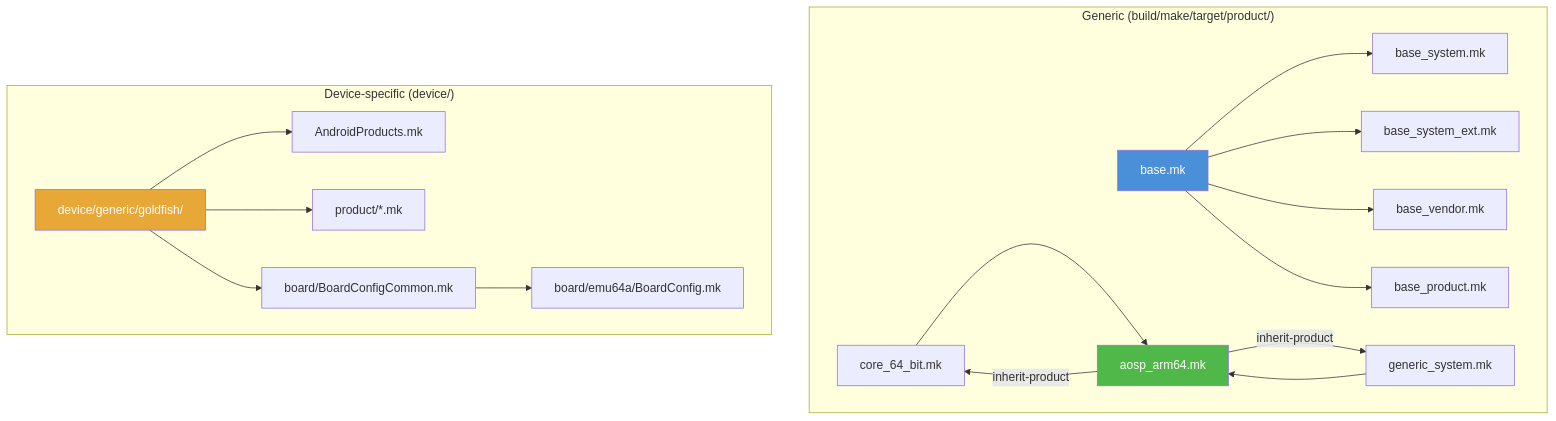
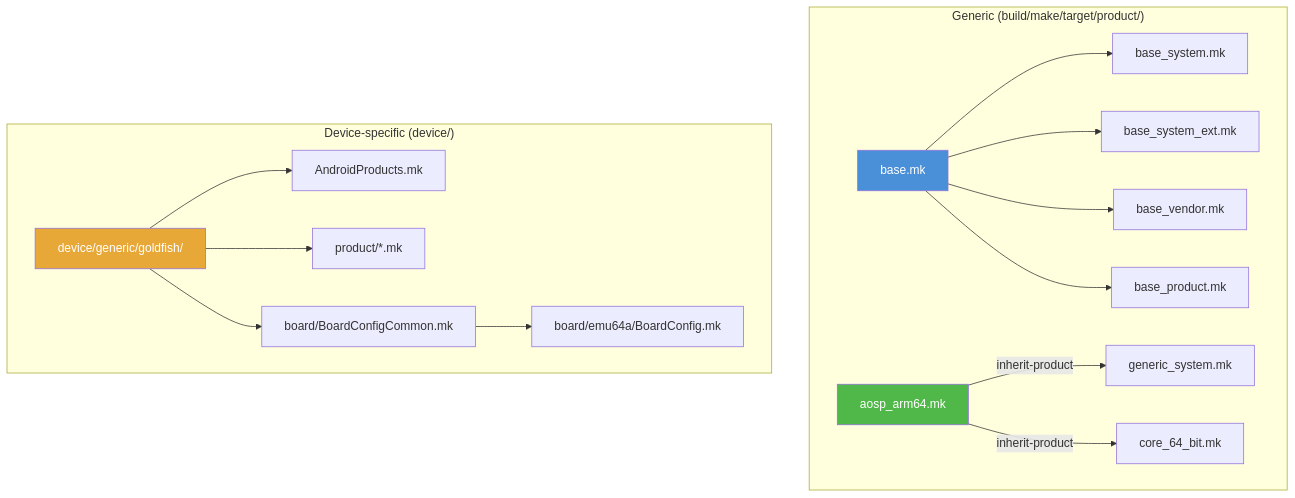
One commit to aospbooks/aosp-internal-book changed the tenth of 19 diagrams in agents/claude/skills/aosp-getting-started/02-source-and-build.md. Above: the diagram before and after it, drawn with Mermaid. The commit also changed other lines of this file and 218 other files, not shown here.

````diff
--- a/agents/claude/skills/aosp-getting-started/02-source-and-build.md
+++ b/agents/claude/skills/aosp-getting-started/02-source-and-build.md
@@ -2763,40 +2780,38 @@
 ```mermaid
 graph TB
     subgraph "Generic (build/make/target/product/)"
         BASE[base.mk]
         BS[base_system.mk]
         BSE[base_system_ext.mk]
         BV[base_vendor.mk]
         BP[base_product.mk]
         C64[core_64_bit.mk]
         GS[generic_system.mk]
         AOSP[aosp_arm64.mk]
 
         BASE --> BS
         BASE --> BSE
         BASE --> BV
         BASE --> BP
-        C64 --> AOSP
-        GS --> AOSP
     end
 
     subgraph "Device-specific (device/)"
         DEV[device/generic/goldfish/]
         AP[AndroidProducts.mk]
         PROD[product/*.mk]
         BOARD[board/BoardConfigCommon.mk]
         BDEV[board/emu64a/BoardConfig.mk]
 
         DEV --> AP
         DEV --> PROD
         DEV --> BOARD
         BOARD --> BDEV
     end
 
     AOSP -->|inherit-product| GS
     AOSP -->|inherit-product| C64
 
     style BASE fill:#4a90d9,color:#fff
     style AOSP fill:#50b848,color:#fff
     style DEV fill:#e8a838,color:#fff
 ```
````
